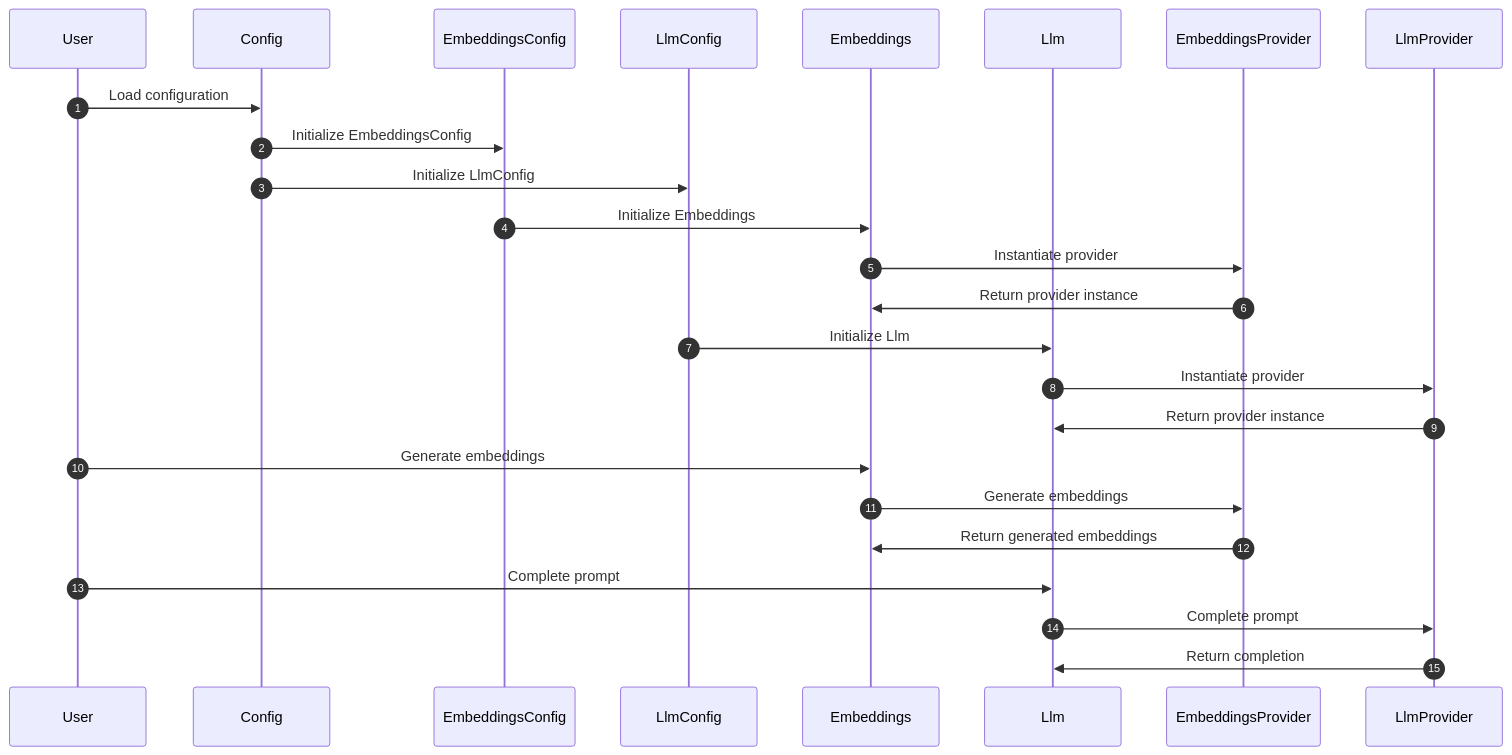
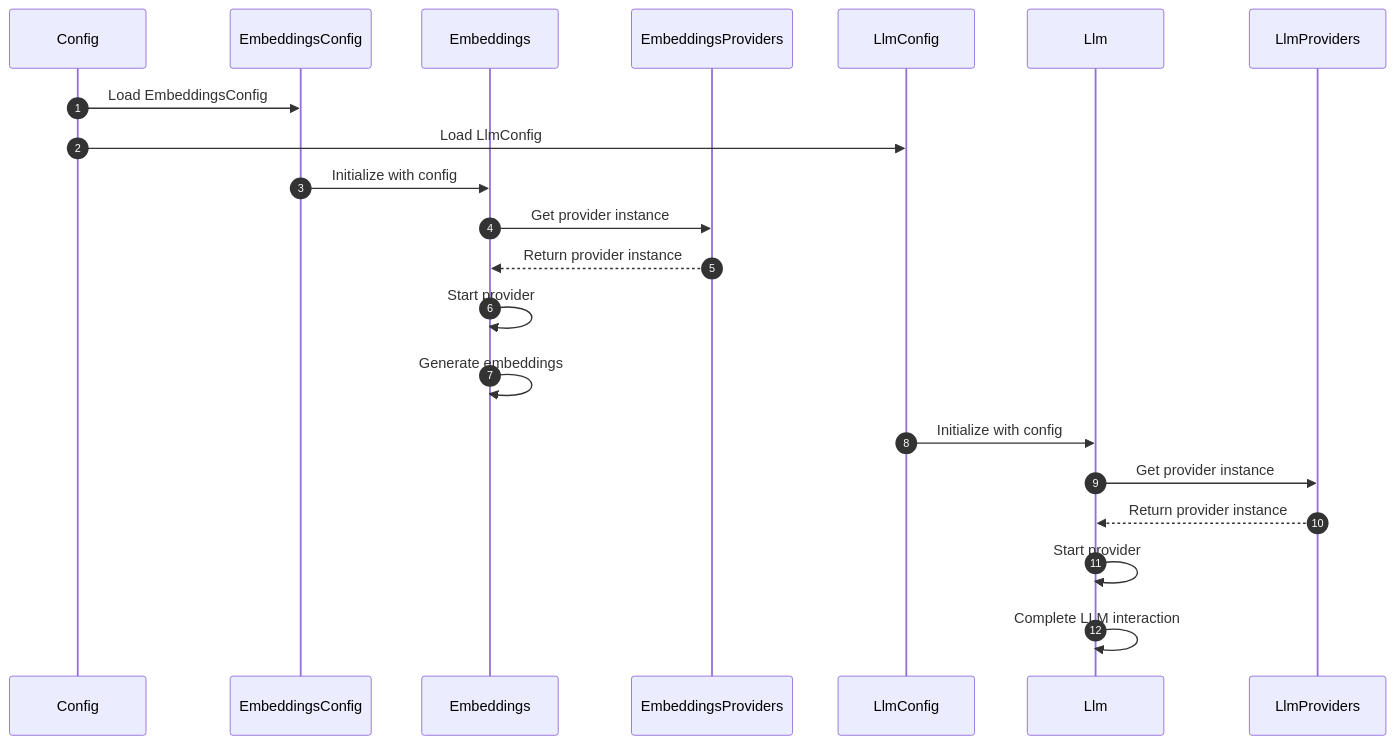
Before and after one commit to BrunoV21/AiCore: the second of 2 diagrams in README.md, drawn with Mermaid. The commit also changed other lines of this file, not shown here.

````diff
--- a/README.md
+++ b/README.md
@@ -227,32 +276,27 @@
 ```mermaid
 sequenceDiagram
     autonumber
-    participant User
+
     participant Config
     participant EmbeddingsConfig
+    participant Embeddings
+    participant EmbeddingsProviders
     participant LlmConfig
-    participant Embeddings
     participant Llm
-    participant EmbeddingsProvider
-    participant LlmProvider
+    participant LlmProviders
 
-    User->>Config: Load configuration
-    Config->>EmbeddingsConfig: Initialize EmbeddingsConfig
-    Config->>LlmConfig: Initialize LlmConfig
+    Config->>EmbeddingsConfig: Load EmbeddingsConfig
+    Config->>LlmConfig: Load LlmConfig
 
-    EmbeddingsConfig->>Embeddings: Initialize Embeddings
-    Embeddings->>EmbeddingsProvider: Instantiate provider
-    EmbeddingsProvider->>Embeddings: Return provider instance
+    EmbeddingsConfig->>Embeddings: Initialize with config
+    Embeddings->>EmbeddingsProviders: Get provider instance
+    EmbeddingsProviders-->>Embeddings: Return provider instance
+    Embeddings->>Embeddings: Start provider
+    Embeddings->>Embeddings: Generate embeddings
 
-    LlmConfig->>Llm: Initialize Llm
-    Llm->>LlmProvider: Instantiate provider
-    LlmProvider->>Llm: Return provider instance
-
-    User->>Embeddings: Generate embeddings
-    Embeddings->>EmbeddingsProvider: Generate embeddings
-    EmbeddingsProvider->>Embeddings: Return generated embeddings
-
-    User->>Llm: Complete prompt
-    Llm->>LlmProvider: Complete prompt
-    LlmProvider->>Llm: Return completion
+    LlmConfig->>Llm: Initialize with config
+    Llm->>LlmProviders: Get provider instance
+    LlmProviders-->>Llm: Return provider instance
+    Llm->>Llm: Start provider
+    Llm->>Llm: Complete LLM interaction
 ```
````
